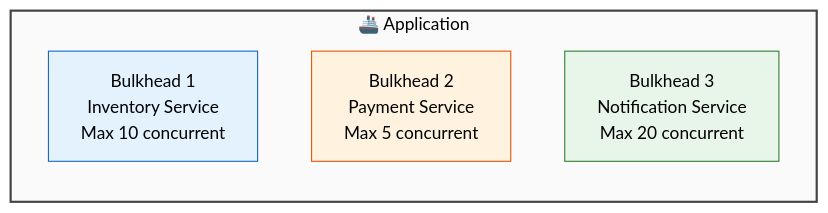
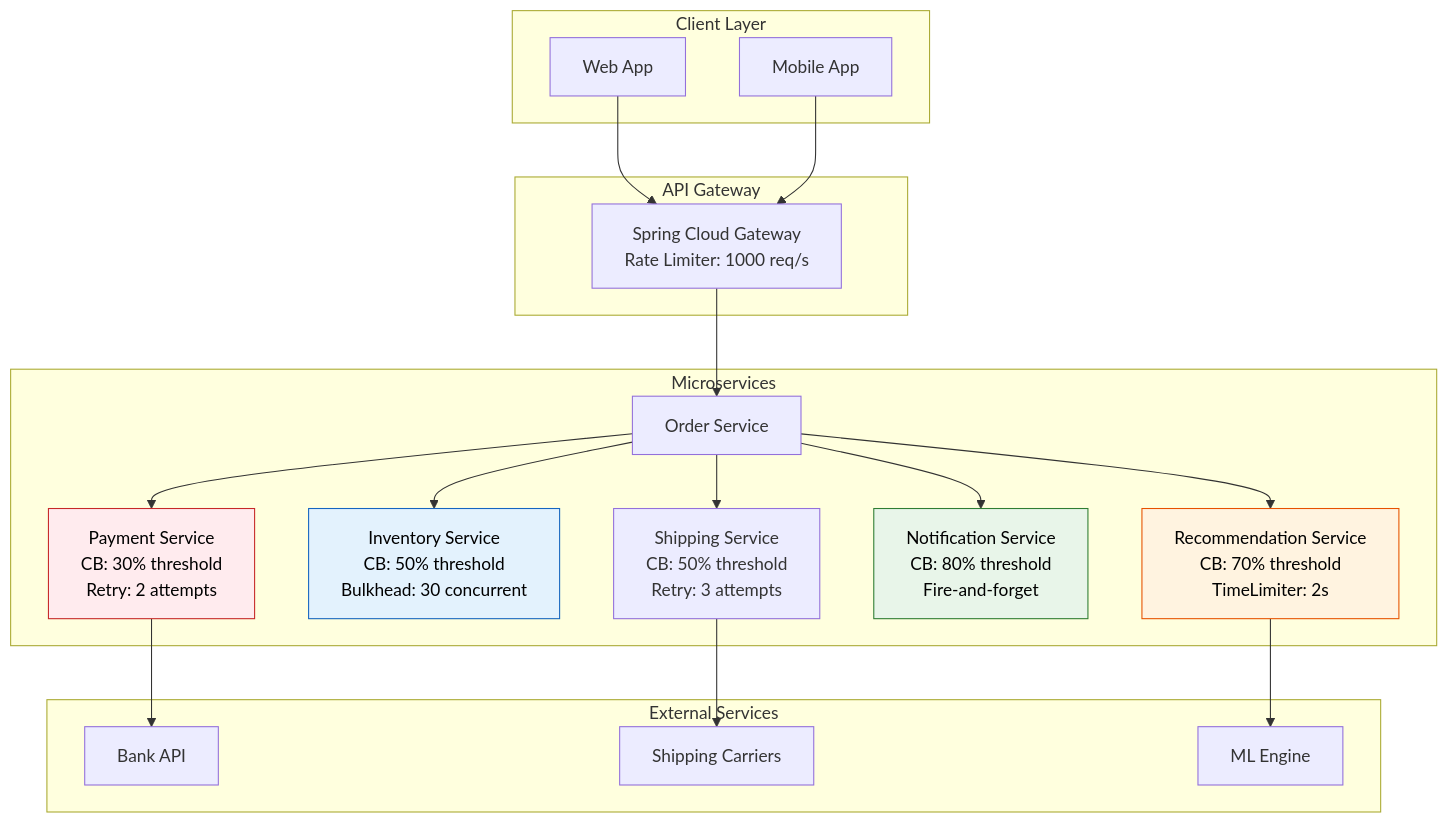
Before and after one commit to saivamsikaruturi/vamsilabs-dev-notes-main: the fifth of 6 diagrams in docs/microservices/CircuitBreaker.md, drawn with Mermaid. The commit also changed other lines of this file, not shown here.

````diff
--- a/docs/microservices/CircuitBreaker.md
+++ b/docs/microservices/CircuitBreaker.md
@@ -302,13 +1439,43 @@
 ```mermaid
-flowchart LR
-    subgraph Ship["🚢 Application"]
-        B1["Bulkhead 1<br/>Inventory Service<br/>Max 10 concurrent"]
-        B2["Bulkhead 2<br/>Payment Service<br/>Max 5 concurrent"]
-        B3["Bulkhead 3<br/>Notification Service<br/>Max 20 concurrent"]
+flowchart TB
+    subgraph Client["Client Layer"]
+        WEB["Web App"]
+        MOB["Mobile App"]
     end
     
-    style B1 fill:#E3F2FD,stroke:#1565C0,color:#000
-    style B2 fill:#FFF3E0,stroke:#E65100,color:#000
-    style B3 fill:#E8F5E9,stroke:#2E7D32,color:#000
-    style Ship fill:#FAFAFA,stroke:#424242,stroke-width:2px,color:#000
+    subgraph Gateway["API Gateway"]
+        GW["Spring Cloud Gateway<br/>Rate Limiter: 1000 req/s"]
+    end
+    
+    subgraph Services["Microservices"]
+        OS["Order Service"]
+        PS["Payment Service<br/>CB: 30% threshold<br/>Retry: 2 attempts"]
+        IS["Inventory Service<br/>CB: 50% threshold<br/>Bulkhead: 30 concurrent"]
+        RS["Recommendation Service<br/>CB: 70% threshold<br/>TimeLimiter: 2s"]
+        NS["Notification Service<br/>CB: 80% threshold<br/>Fire-and-forget"]
+        SS["Shipping Service<br/>CB: 50% threshold<br/>Retry: 3 attempts"]
+    end
+    
+    subgraph External["External Services"]
+        BANK["Bank API"]
+        CARRIER["Shipping Carriers"]
+        ML["ML Engine"]
+    end
+    
+    WEB --> GW
+    MOB --> GW
+    GW --> OS
+    OS --> PS
+    OS --> IS
+    OS --> RS
+    OS --> NS
+    OS --> SS
+    PS --> BANK
+    SS --> CARRIER
+    RS --> ML
+    
+    style PS fill:#FFEBEE,stroke:#C62828,color:#000
+    style IS fill:#E3F2FD,stroke:#1565C0,color:#000
+    style RS fill:#FFF3E0,stroke:#E65100,color:#000
+    style NS fill:#E8F5E9,stroke:#2E7D32,color:#000
 ```
````
